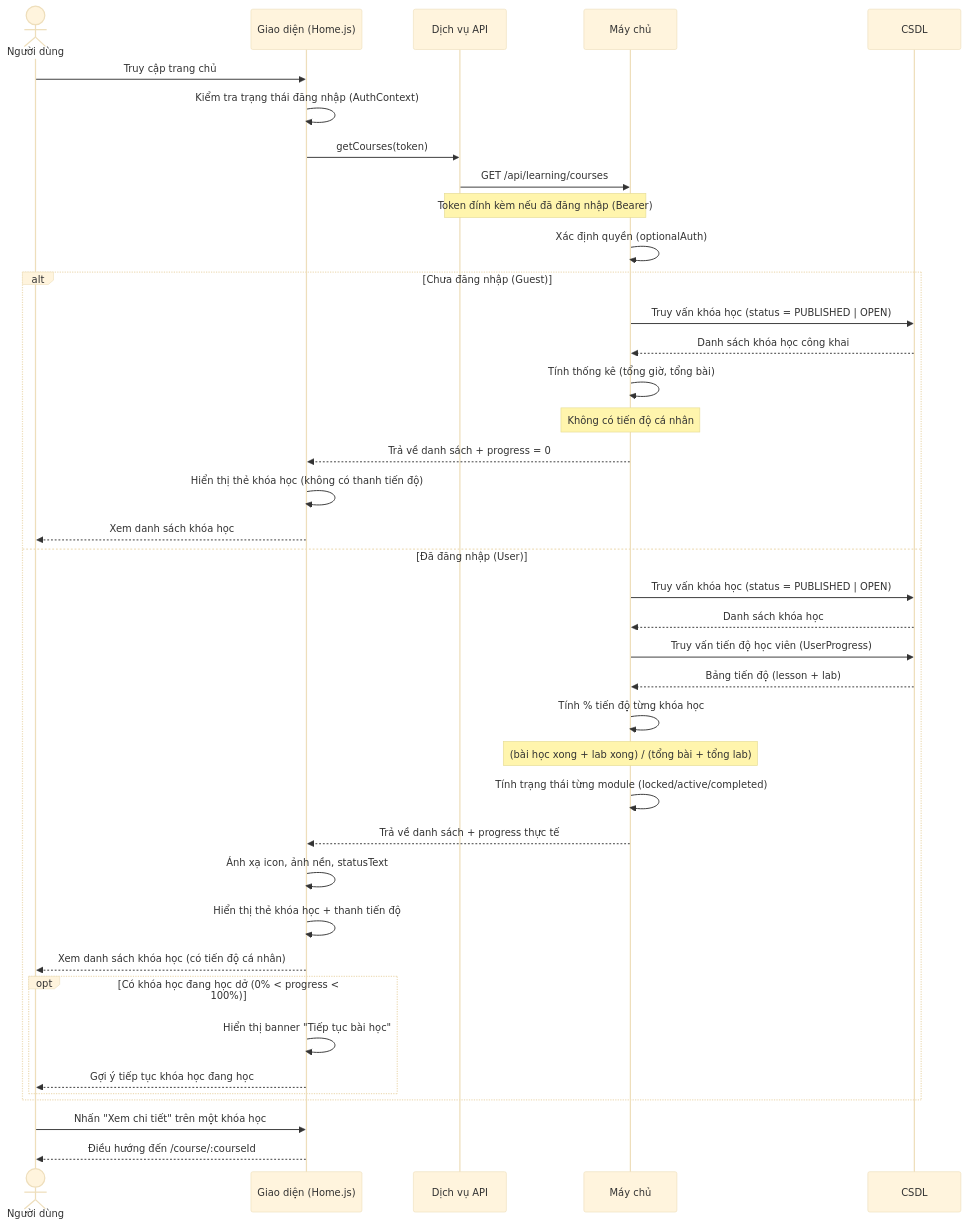
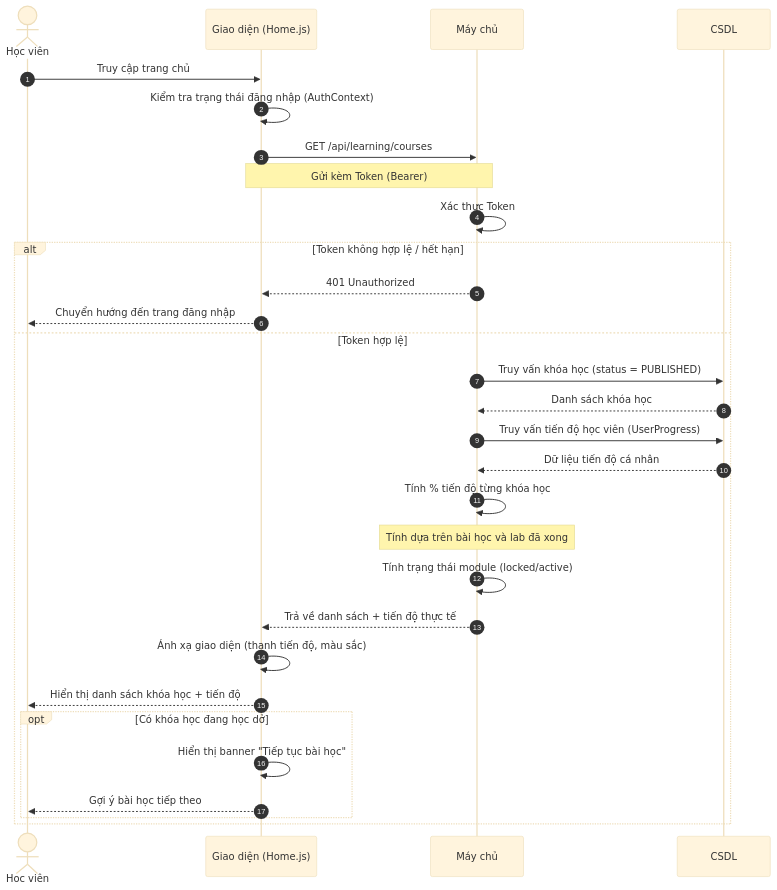
The eighth of 9 diagrams in Markdown/sequence_diagrams.md (duynguyen2003/ccna-master), drawn with Mermaid (base theme) before and after one commit. The commit also changed other lines of this file and 1 other file, not shown here.

Commit message:
update lab

````diff
--- a/Markdown/sequence_diagrams.md
+++ b/Markdown/sequence_diagrams.md
@@ -207,47 +262,36 @@
 ```mermaid
 sequenceDiagram
-    actor User as Người dùng
+    autonumber
+    actor User as Học viên
     participant FE as Giao diện (Home.js)
-    participant API as Dịch vụ API
     participant BE as Máy chủ
     participant DB as CSDL
 
     User->>FE: Truy cập trang chủ
     FE->>FE: Kiểm tra trạng thái đăng nhập (AuthContext)
+    FE->>BE: GET /api/learning/courses
+    Note over FE,BE: Gửi kèm Token (Bearer)
 
-    FE->>API: getCourses(token)
-    API->>BE: GET /api/learning/courses
-    Note over API,BE: Token đính kèm nếu đã đăng nhập (Bearer)
+    BE->>BE: Xác thực Token
 
-    BE->>BE: Xác định quyền (optionalAuth)
-
-    alt Chưa đăng nhập (Guest)
-        BE->>DB: Truy vấn khóa học (status = PUBLISHED | OPEN)
-        DB-->>BE: Danh sách khóa học công khai
-        BE->>BE: Tính thống kê (tổng giờ, tổng bài)
-        Note over BE: Không có tiến độ cá nhân
-        BE-->>FE: Trả về danh sách + progress = 0
-        FE->>FE: Hiển thị thẻ khóa học (không có thanh tiến độ)
-        FE-->>User: Xem danh sách khóa học
-    else Đã đăng nhập (User)
-        BE->>DB: Truy vấn khóa học (status = PUBLISHED | OPEN)
+    alt Token không hợp lệ / hết hạn
+        BE-->>FE: 401 Unauthorized
+        FE-->>User: Chuyển hướng đến trang đăng nhập
+    else Token hợp lệ
+        BE->>DB: Truy vấn khóa học (status = PUBLISHED)
         DB-->>BE: Danh sách khóa học
         BE->>DB: Truy vấn tiến độ học viên (UserProgress)
-        DB-->>BE: Bảng tiến độ (lesson + lab)
+        DB-->>BE: Dữ liệu tiến độ cá nhân
         BE->>BE: Tính % tiến độ từng khóa học
-        Note over BE: (bài học xong + lab xong) / (tổng bài + tổng lab)
-        BE->>BE: Tính trạng thái từng module (locked/active/completed)
-        BE-->>FE: Trả về danh sách + progress thực tế
-        FE->>FE: Ánh xạ icon, ảnh nền, statusText
-        FE->>FE: Hiển thị thẻ khóa học + thanh tiến độ
-        FE-->>User: Xem danh sách khóa học (có tiến độ cá nhân)
+        Note over BE: Tính dựa trên bài học và lab đã xong
+        BE->>BE: Tính trạng thái module (locked/active)
+        BE-->>FE: Trả về danh sách + tiến độ thực tế
+        FE->>FE: Ánh xạ giao diện (thanh tiến độ, màu sắc)
+        FE-->>User: Hiển thị danh sách khóa học + tiến độ
 
-        opt Có khóa học đang học dở (0% < progress < 100%)
+        opt Có khóa học đang học dở
             FE->>FE: Hiển thị banner "Tiếp tục bài học"
-            FE-->>User: Gợi ý tiếp tục khóa học đang học
+            FE-->>User: Gợi ý bài học tiếp theo
         end
     end
-
-    User->>FE: Nhấn "Xem chi tiết" trên một khóa học
-    FE-->>User: Điều hướng đến /course/:courseId
 ```
````
